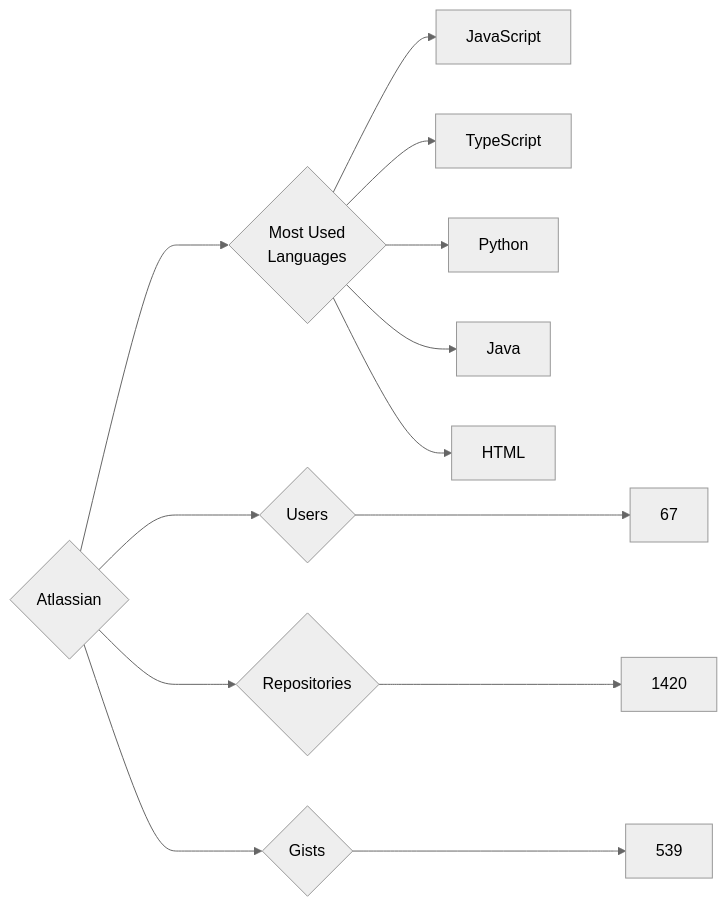
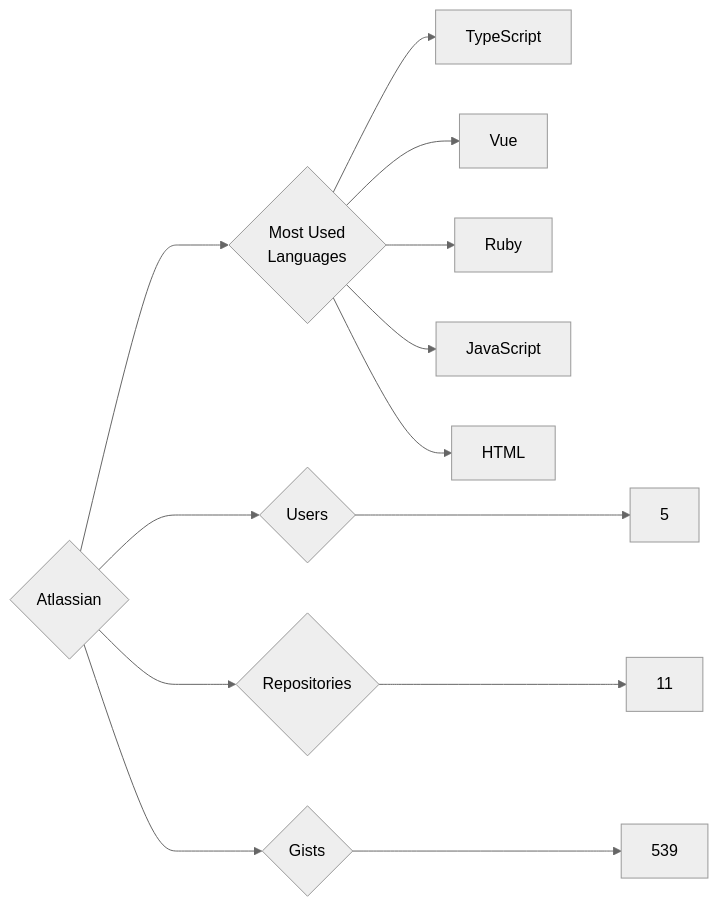
Before and after one commit to trickest/insiders: the diagram in targets/Atlassian/README.md, drawn with Mermaid (neutral theme). The commit also changed 934 other files, not shown here.

````diff
--- a/targets/Atlassian/README.md
+++ b/targets/Atlassian/README.md
@@ -3,13 +3,13 @@
 ```mermaid
 graph LR
 COMPANY_NAME{Atlassian}
-COMPANY_NAME ---> U{Users} ---> UN[67]
-COMPANY_NAME ---> R{Repositories} ---> RN[1420]
+COMPANY_NAME ---> U{Users} ---> UN[5]
+COMPANY_NAME ---> R{Repositories} ---> RN[11]
 COMPANY_NAME ---> G{Gists} ---> GN[539]
 COMPANY_NAME ---> ML{Most Used<br>Languages}
+ML --> TypeScript[TypeScript]
+ML --> Vue[Vue]
+ML --> Ruby[Ruby]
 ML --> JavaScript[JavaScript]
-ML --> TypeScript[TypeScript]
-ML --> Python[Python]
-ML --> Java[Java]
 ML --> HTML[HTML]
 ```
````
